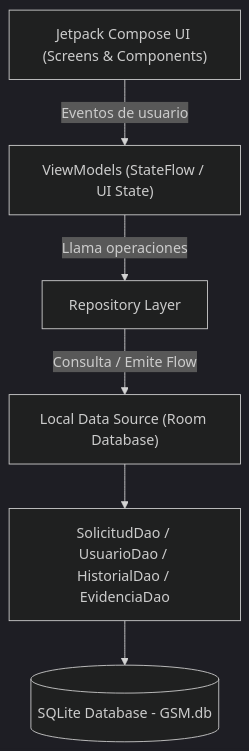
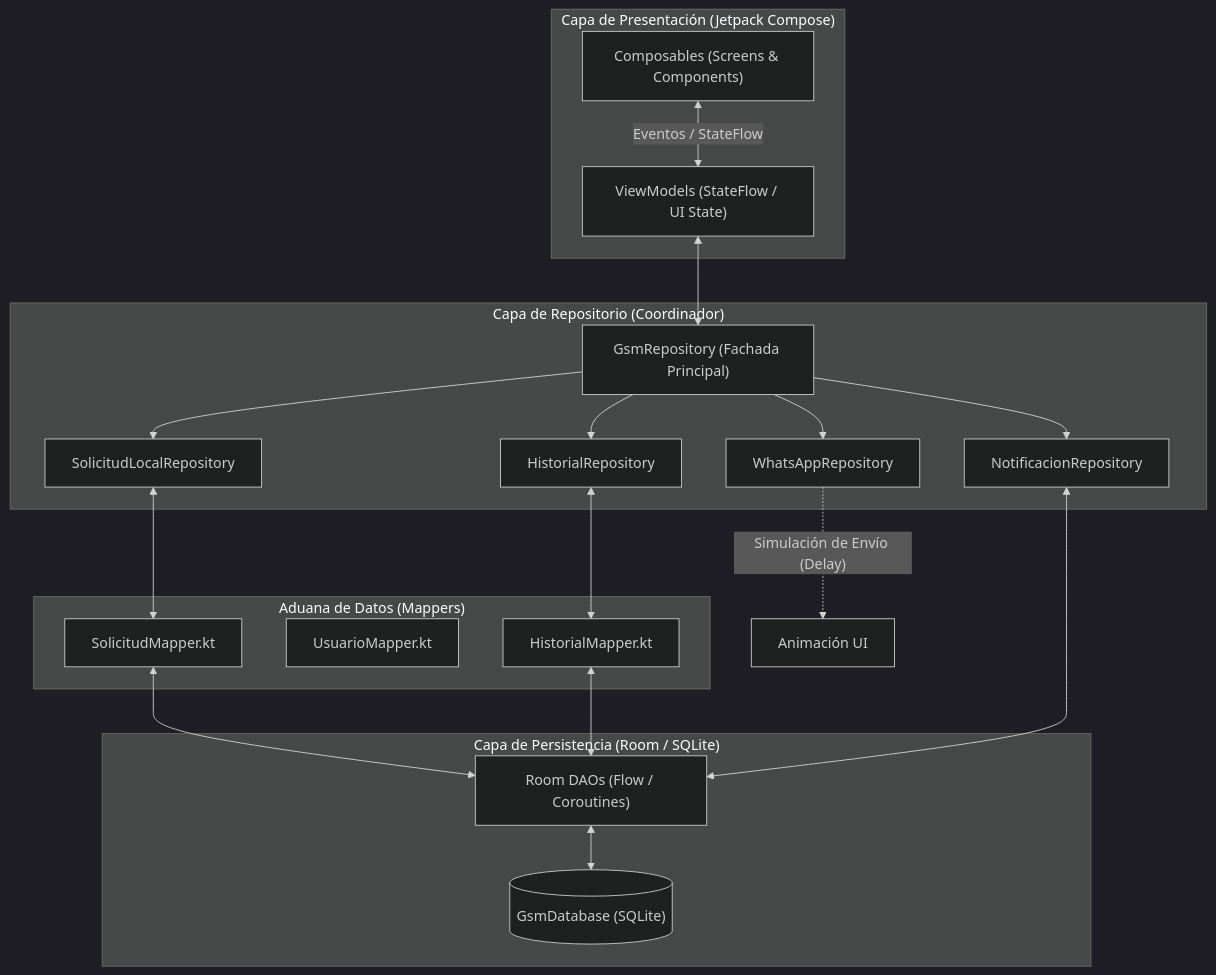
One commit to Liz-Elizabeth/GSM changed the first of 3 diagrams in README.md. Above: the diagram before and after it, drawn with Mermaid (dark theme). The commit also changed other lines of this file, not shown here.

````diff
--- a/README.md
+++ b/README.md
@@ -48,8 +41,37 @@
 ```mermaid
-graph TD
-    A["Jetpack Compose UI (Screens & Components)"] -->|"Eventos de usuario"| B["ViewModels (StateFlow / UI State)"]
-    B -->|"Llama operaciones"| C["Repository Layer"]
-    C -->|"Consulta / Emite Flow"| D["Local Data Source (Room Database)"]
-    D --> E["SolicitudDao / UsuarioDao / HistorialDao / EvidenciaDao"]
-    E --> F[("SQLite Database - GSM.db")]
+flowchart TD
+    subgraph UI_LAYER ["Capa de Presentación (Jetpack Compose)"]
+        UI["Composables (Screens & Components)"]
+        VM["ViewModels (StateFlow / UI State)"]
+        UI <--> |Eventos / StateFlow| VM
+    end
+
+    subgraph REPO_LAYER ["Capa de Repositorio (Coordinador)"]
+        GsmRepo["GsmRepository (Fachada Principal)"]
+        VM <--> GsmRepo
+        
+        GsmRepo --> SolLocalRepo["SolicitudLocalRepository"]
+        GsmRepo --> HistRepo["HistorialRepository"]
+        GsmRepo --> NotifRepo["NotificacionRepository"]
+        GsmRepo --> WARepo["WhatsAppRepository"]
+    end
+
+    subgraph MAPPER_LAYER ["Aduana de Datos (Mappers)"]
+        SM["SolicitudMapper.kt"]
+        UM["UsuarioMapper.kt"]
+        HM["HistorialMapper.kt"]
+        SolLocalRepo <--> SM
+        HistRepo <--> HM
+    end
+
+    subgraph DATA_LAYER ["Capa de Persistencia (Room / SQLite)"]
+        DAOs["Room DAOs (Flow / Coroutines)"]
+        DB[("GsmDatabase (SQLite)")]
+        SM <--> DAOs
+        HM <--> DAOs
+        NotifRepo <--> DAOs
+        DAOs <--> DB
+    end
+
+    WARepo -.->|"Simulación de Envío (Delay)"| Anim["Animación UI"]
 ```
````
